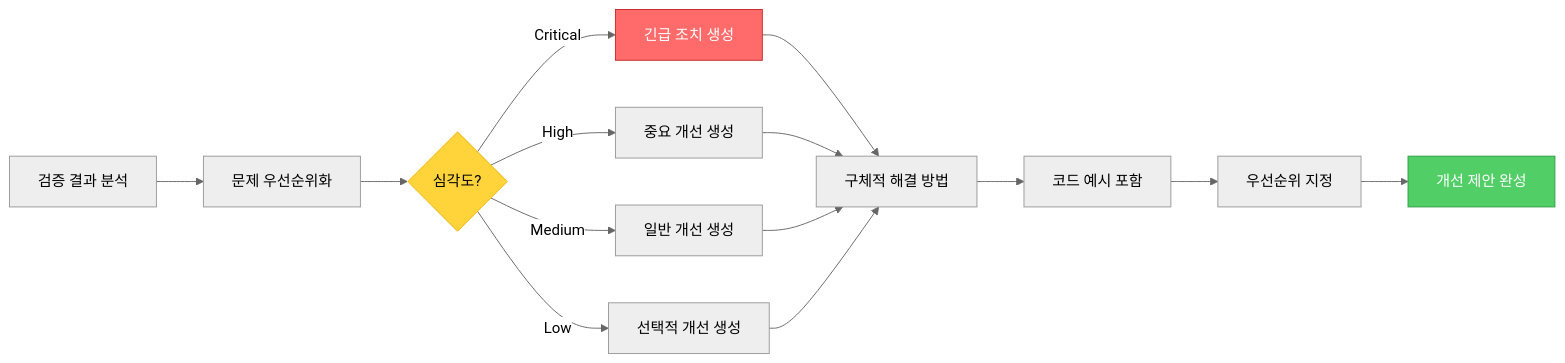
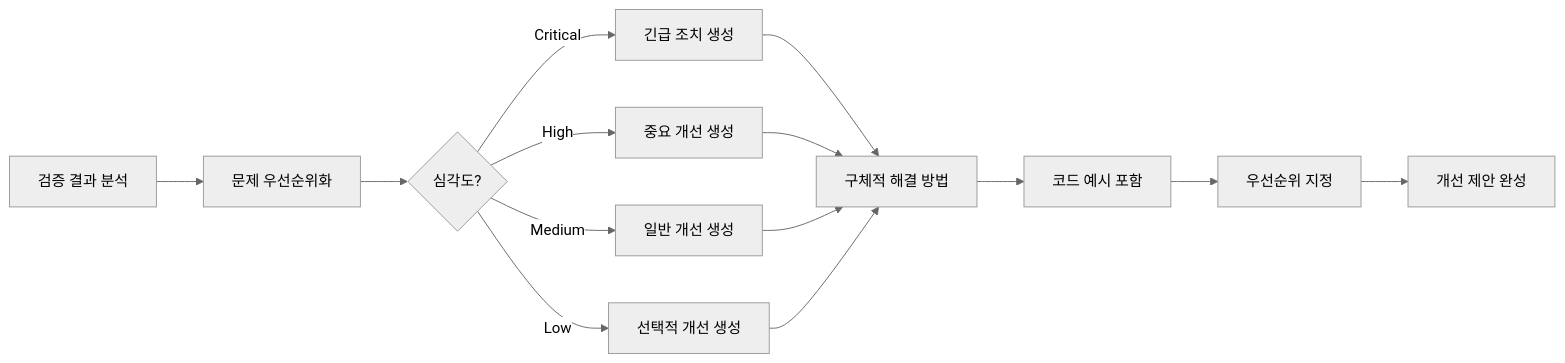
Before and after one commit to modu-ai/moai-adk: the eighth of 8 diagrams in docs/claude/agents/trust-checker.md, drawn with Mermaid (neutral theme). The commit also changed other lines of this file and 299 other files, not shown here.

First line of the commit message:
🎨 feat: Mermaid 다크/라이트 테마 대응 + trust-checker 통합

````diff
--- a/docs/claude/agents/trust-checker.md
+++ b/docs/claude/agents/trust-checker.md
@@ -825,22 +795,19 @@
 ```mermaid
 graph LR
     A[검증 결과 분석] --> B[문제 우선순위화]
     B --> C{심각도?}
     C -->|Critical| D[긴급 조치 생성]
     C -->|High| E[중요 개선 생성]
     C -->|Medium| F[일반 개선 생성]
     C -->|Low| G[선택적 개선 생성]
 
     D --> H[구체적 해결 방법]
     E --> H
     F --> H
     G --> H
 
     H --> I[코드 예시 포함]
     I --> J[우선순위 지정]
     J --> K[개선 제안 완성]
 
-    style C fill:#ffd43b,stroke:#fab005,color:#000
-    style D fill:#ff6b6b,stroke:#c92a2a,color:#fff
-    style K fill:#51cf66,stroke:#2f9e44,color:#fff
 ```
````
